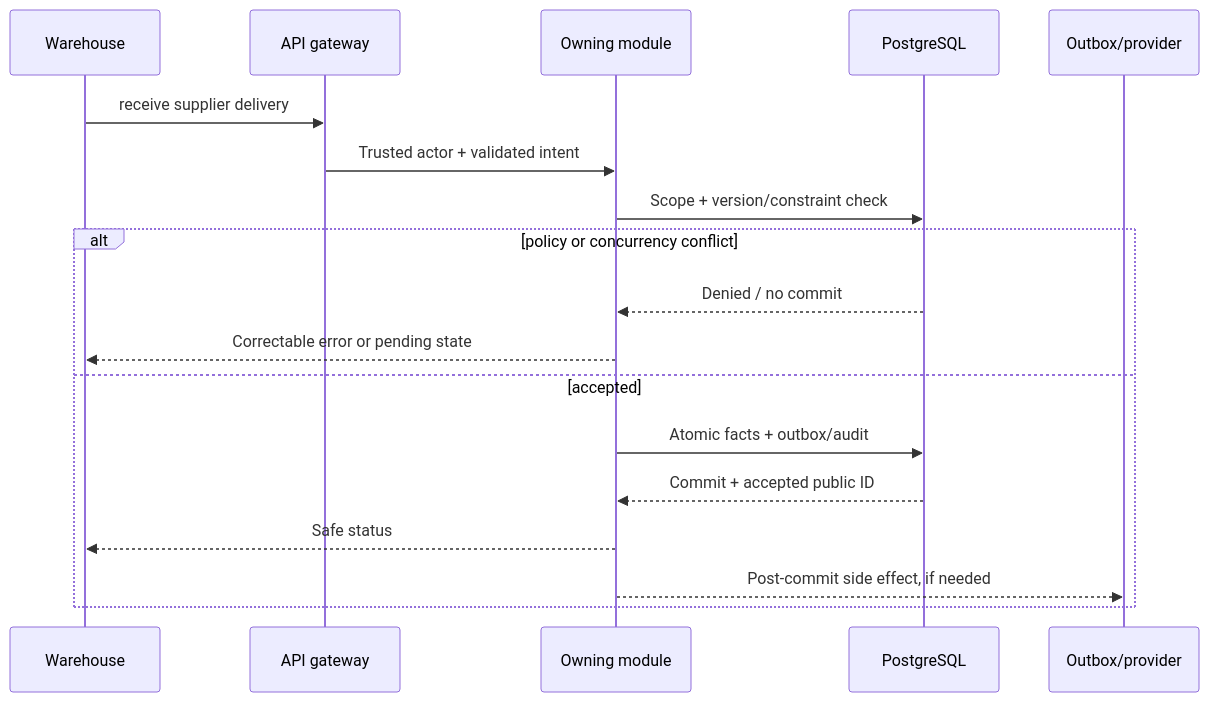
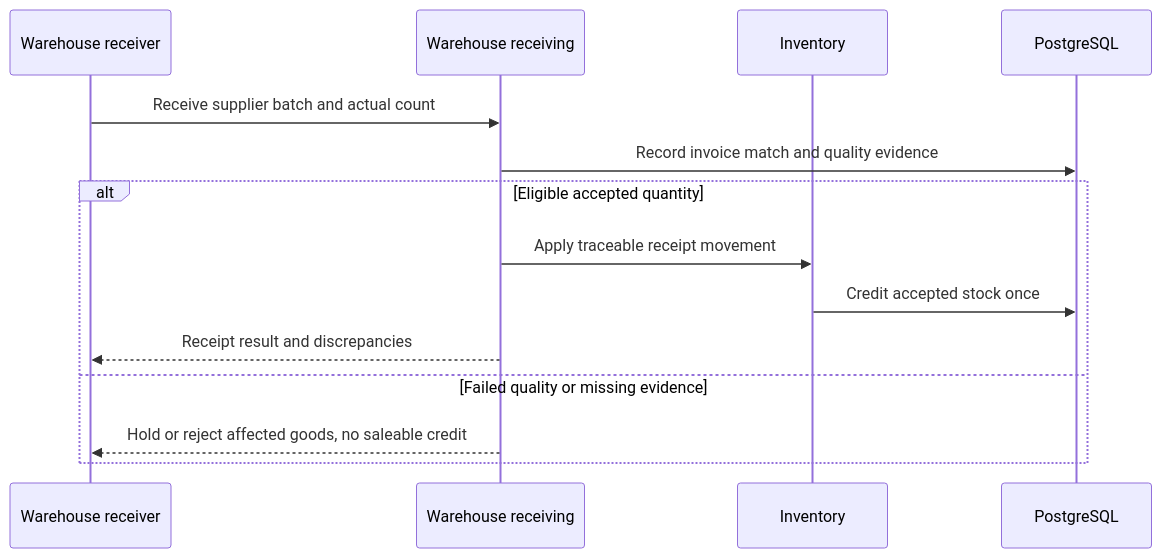
Before and after one commit to shiladityamajumder/pharmville-docs: the diagram in 06-Workflows/WF-014-Supplier-Receiving.md, drawn with Mermaid. The commit also changed other lines of this file and 158 other files, not shown here.

Commit message:
docs: add business guides, fix Mermaid diagrams, improve traceability and automate validation

````diff
--- a/06-Workflows/WF-014-Supplier-Receiving.md
+++ b/06-Workflows/WF-014-Supplier-Receiving.md
@@ -31,20 +26,16 @@
 ```mermaid
 sequenceDiagram
-  participant A as Warehouse
-  participant API as API gateway
-  participant O as Owning module
-  participant PG as PostgreSQL
-  participant P as Outbox/provider
-  A->>API: receive supplier delivery
-  API->>O: Trusted actor + validated intent
-  O->>PG: Scope + version/constraint check
-  alt policy or concurrency conflict
-    PG-->>O: Denied / no commit
-    O-->>A: Correctable error or pending state
-  else accepted
-    O->>PG: Atomic facts + outbox/audit
-    PG-->>O: Commit + accepted public ID
-    O-->>A: Safe status
-    O-->>P: Post-commit side effect, if needed
+  participant C as Warehouse receiver
+  participant O as Warehouse receiving
+  participant S as Inventory
+  participant D as PostgreSQL
+  C->>O: Receive supplier batch and actual count
+  O->>D: Record invoice match and quality evidence
+  alt Eligible accepted quantity
+    O->>S: Apply traceable receipt movement
+    S->>D: Credit accepted stock once
+    O-->>C: Receipt result and discrepancies
+  else Failed quality or missing evidence
+    O-->>C: Hold or reject affected goods, no saleable credit
   end
 ```
````
